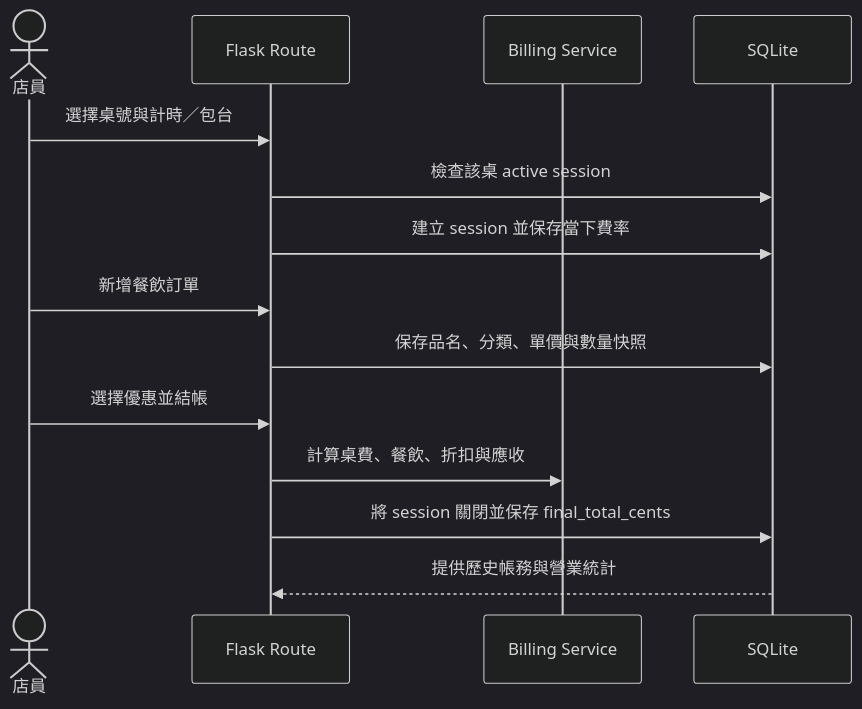
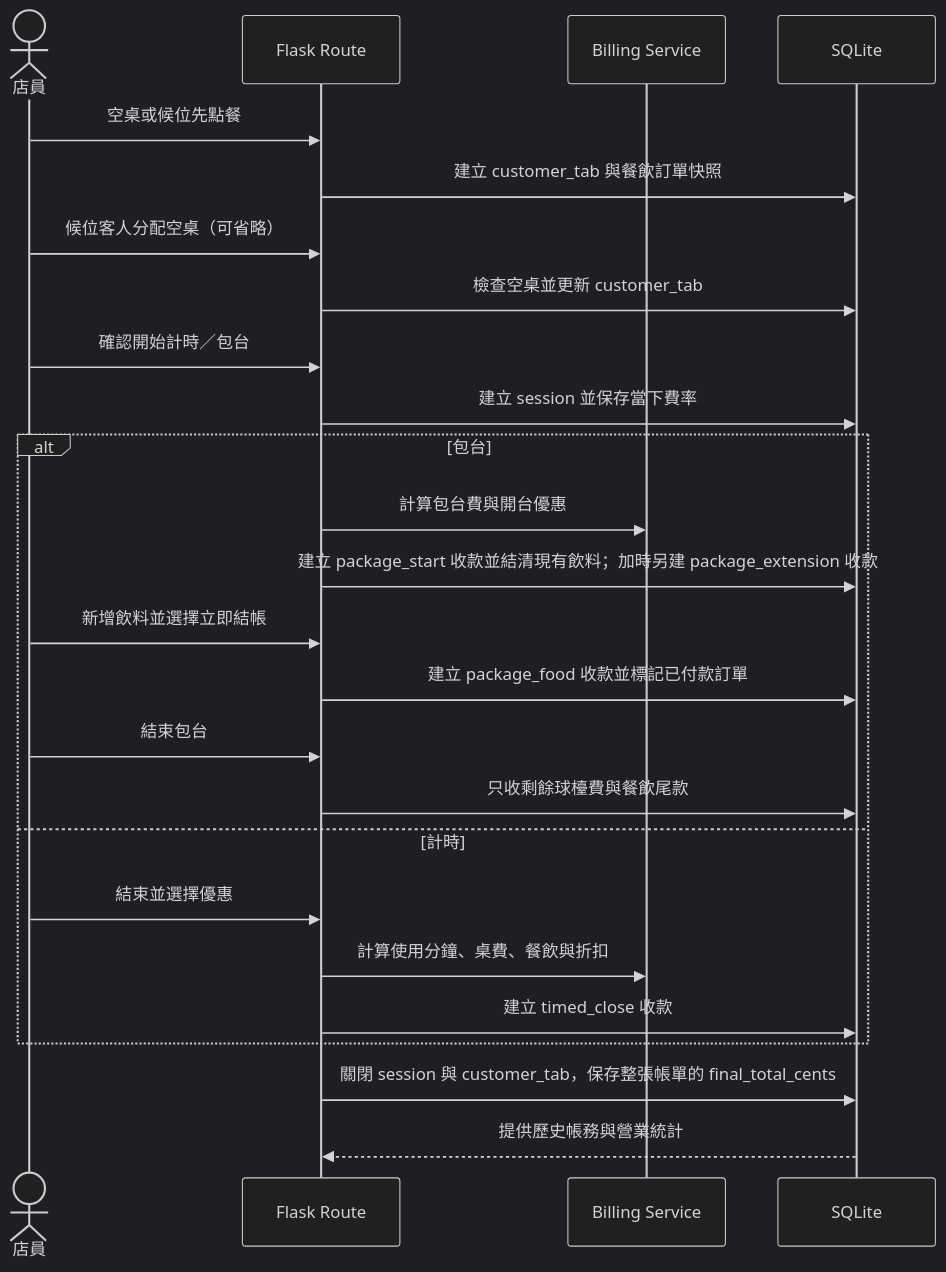
Before and after one commit to cloud-sky-0128/billiard-management-system: the third of 3 diagrams in README.md, drawn with Mermaid (dark theme). The commit also changed other lines of this file and 46 other files, not shown here.

````diff
--- a/README.md
+++ b/README.md
@@ -242,17 +275,28 @@
 ```mermaid
 sequenceDiagram
     actor Staff as 店員
     participant Web as Flask Route
     participant Billing as Billing Service
     participant DB as SQLite
 
-    Staff->>Web: 選擇桌號與計時／包台
-    Web->>DB: 檢查該桌 active session
+    Staff->>Web: 空桌或候位先點餐
+    Web->>DB: 建立 customer_tab 與餐飲訂單快照
+    Staff->>Web: 候位客人分配空桌（可省略）
+    Web->>DB: 檢查空桌並更新 customer_tab
+    Staff->>Web: 確認開始計時／包台
     Web->>DB: 建立 session 並保存當下費率
-    Staff->>Web: 新增餐飲訂單
-    Web->>DB: 保存品名、分類、單價與數量快照
-    Staff->>Web: 選擇優惠並結帳
-    Web->>Billing: 計算桌費、餐飲、折扣與應收
-    Web->>DB: 將 session 關閉並保存 final_total_cents
+    alt 包台
+        Web->>Billing: 計算包台費與開台優惠
+        Web->>DB: 建立 package_start 收款並結清現有飲料；加時另建 package_extension 收款
+        Staff->>Web: 新增飲料並選擇立即結帳
+        Web->>DB: 建立 package_food 收款並標記已付款訂單
+        Staff->>Web: 結束包台
+        Web->>DB: 只收剩餘球檯費與餐飲尾款
+    else 計時
+        Staff->>Web: 結束並選擇優惠
+        Web->>Billing: 計算使用分鐘、桌費、餐飲與折扣
+        Web->>DB: 建立 timed_close 收款
+    end
+    Web->>DB: 關閉 session 與 customer_tab，保存整張帳單的 final_total_cents
     DB-->>Web: 提供歷史帳務與營業統計
 ```
````
